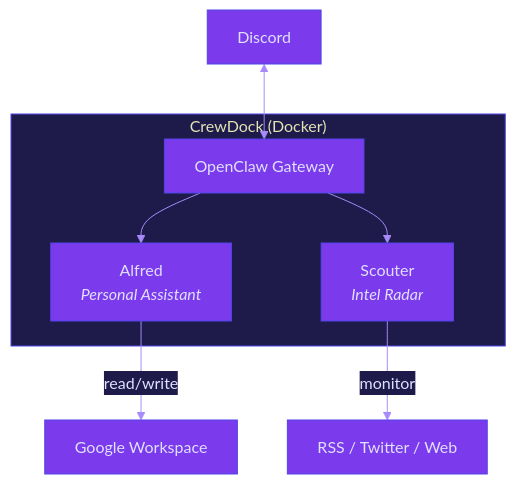
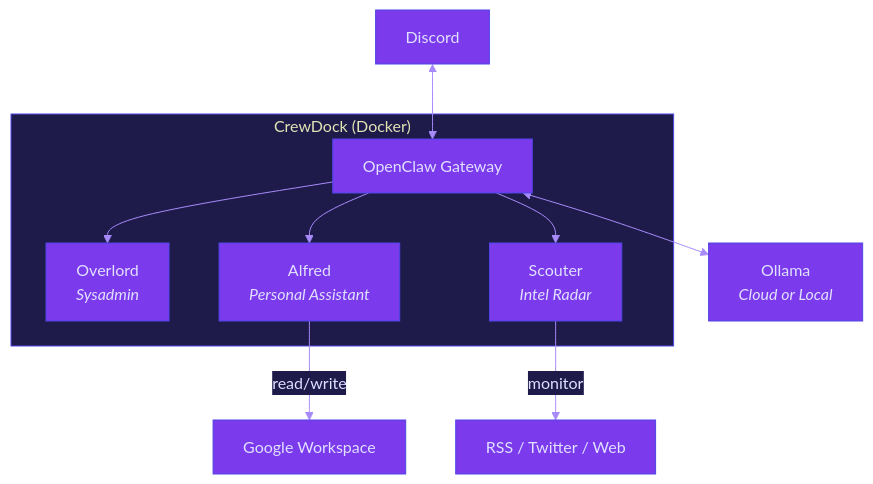
Before and after one commit to dasirra/openclaw-nas: the diagram in README.md, drawn with Mermaid. The commit also changed other lines of this file, not shown here.

First line of the commit message:
docs: README editorial pass for Ollama-only architecture

````diff
--- a/README.md
+++ b/README.md
@@ -23,26 +23,28 @@
 ```mermaid
 %%{init: {'theme': 'base', 'themeVariables': {
   'primaryColor': '#7C3AED',
   'primaryTextColor': '#E0E0FF',
   'primaryBorderColor': '#4F46E5',
   'lineColor': '#A78BFA',
   'secondaryColor': '#4F46E5',
   'tertiaryColor': '#1E1B4B',
   'clusterBkg': '#1E1B4B',
   'clusterBorder': '#4F46E5',
   'edgeLabelBackground': '#1E1B4B',
   'nodeTextColor': '#E0E0FF'
 }}}%%
 graph TB
     subgraph CrewDock ["CrewDock (Docker)"]
         GW[OpenClaw Gateway]
 
+        GW --> Overlord["Overlord<br/><i>Sysadmin</i>"]
         GW --> Alfred["Alfred<br/><i>Personal Assistant</i>"]
         GW --> Scouter["Scouter<br/><i>Intel Radar</i>"]
     end
 
+    GW <--> Ollama["Ollama<br/><i>Cloud or Local</i>"]
     Alfred --> |read/write| Google["Google Workspace"]
     Scouter --> |monitor| Sources["RSS / Twitter / Web"]
 
     Discord <--> GW
 ```
````
